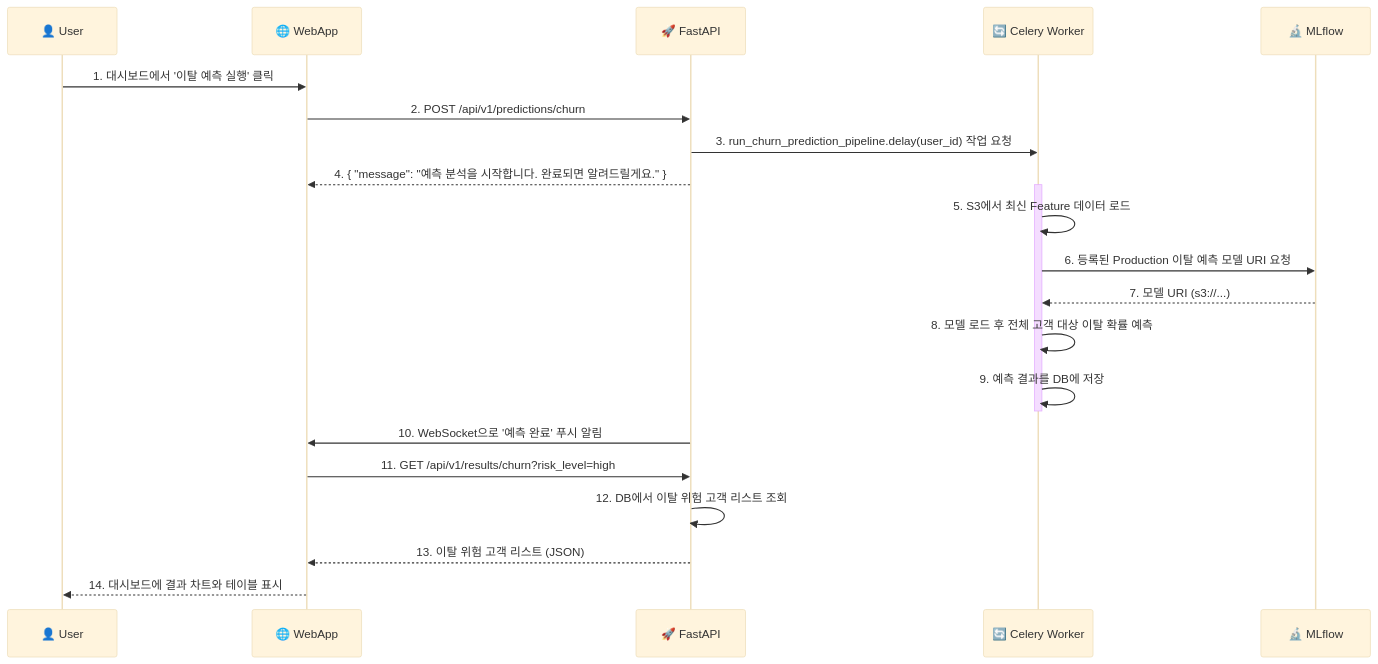
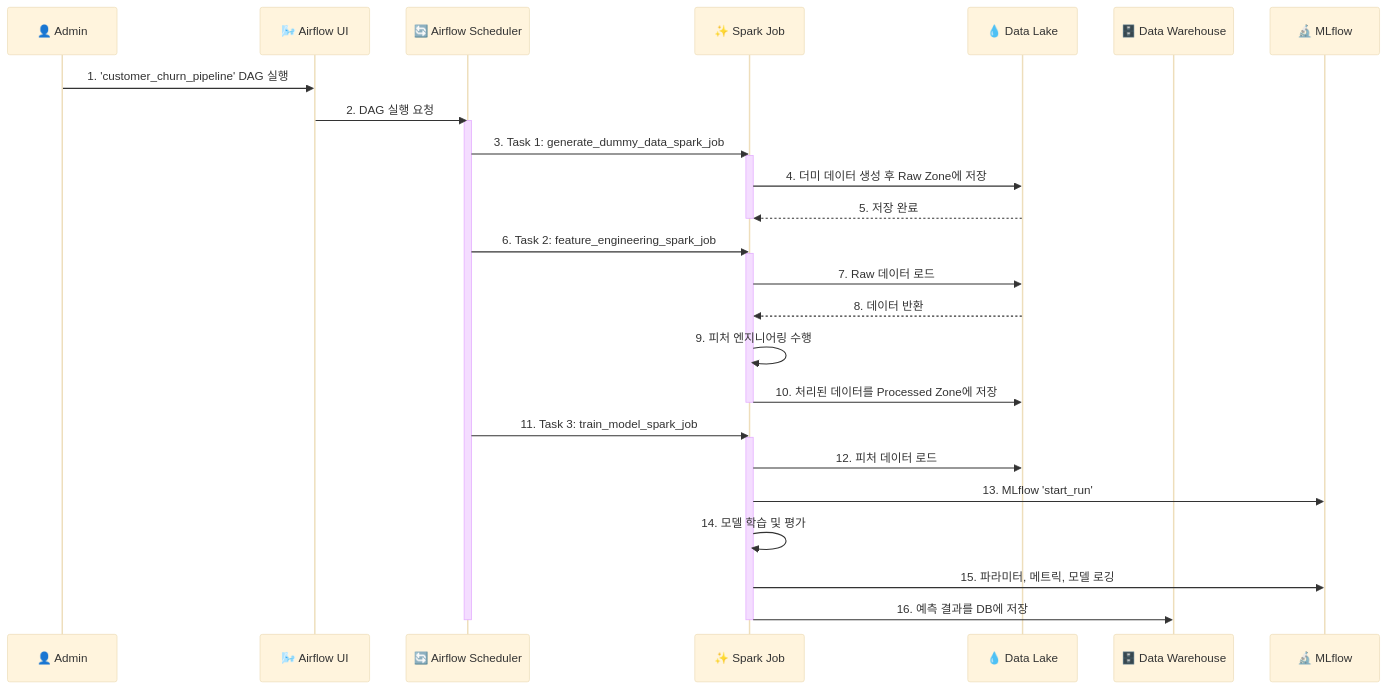
Before and after one commit to SU-KDT-2025-FINAL/mlops-lifecycle-management: the second of 2 diagrams in README.md, drawn with Mermaid (base theme). The commit also changed other lines of this file, not shown here.

````diff
--- a/README.md
+++ b/README.md
@@ -112,27 +63,38 @@
 ```mermaid
 sequenceDiagram
-    participant User as 👤 User
-    participant WebApp as 🌐 WebApp
-    participant API as 🚀 FastAPI
-    participant Celery as 🔄 Celery Worker
+    participant Admin as 👤 Admin
+    participant AirflowUI as 🌬️ Airflow UI
+    participant AirflowScheduler as 🔄 Airflow Scheduler
+    participant Spark as ✨ Spark Job
+    participant S3 as 💧 Data Lake
+    participant RDS as 🗄️ Data Warehouse
     participant MLflow as 🔬 MLflow
 
-    User->>WebApp: 1. 대시보드에서 '이탈 예측 실행' 클릭
-    WebApp->>API: 2. POST /api/v1/predictions/churn
-    API->>Celery: 3. run_churn_prediction_pipeline.delay(user_id) 작업 요청
-    API-->>WebApp: 4. { "message": "예측 분석을 시작합니다. 완료되면 알려드릴게요." }
+    Admin->>AirflowUI: 1. 'customer_churn_pipeline' DAG 실행
+    AirflowUI->>AirflowScheduler: 2. DAG 실행 요청
 
-    activate Celery
-    Celery->>Celery: 5. S3에서 최신 Feature 데이터 로드
-    Celery->>MLflow: 6. 등록된 Production 이탈 예측 모델 URI 요청
-    MLflow-->>Celery: 7. 모델 URI (s3://...)
-    Celery->>Celery: 8. 모델 로드 후 전체 고객 대상 이탈 확률 예측
-    Celery->>Celery: 9. 예측 결과를 DB에 저장
-    deactivate Celery
+    activate AirflowScheduler
+    AirflowScheduler->>Spark: 3. Task 1: generate_dummy_data_spark_job
+    activate Spark
+    Spark->>S3: 4. 더미 데이터 생성 후 Raw Zone에 저장
+    S3-->>Spark: 5. 저장 완료
+    deactivate Spark
+
+    AirflowScheduler->>Spark: 6. Task 2: feature_engineering_spark_job
+    activate Spark
+    Spark->>S3: 7. Raw 데이터 로드
+    S3-->>Spark: 8. 데이터 반환
+    Spark->>Spark: 9. 피처 엔지니어링 수행
+    Spark->>S3: 10. 처리된 데이터를 Processed Zone에 저장
+    deactivate Spark
     
-    API->>WebApp: 10. WebSocket으로 '예측 완료' 푸시 알림
-    WebApp->>API: 11. GET /api/v1/results/churn?risk_level=high
-    API->>API: 12. DB에서 이탈 위험 고객 리스트 조회
-    API-->>WebApp: 13. 이탈 위험 고객 리스트 (JSON)
-    WebApp-->>User: 14. 대시보드에 결과 차트와 테이블 표시
+    AirflowScheduler->>Spark: 11. Task 3: train_model_spark_job
+    activate Spark
+    Spark->>S3: 12. 피처 데이터 로드
+    Spark->>MLflow: 13. MLflow 'start_run'
+    Spark->>Spark: 14. 모델 학습 및 평가
+    Spark->>MLflow: 15. 파라미터, 메트릭, 모델 로깅
+    Spark->>RDS: 16. 예측 결과를 DB에 저장
+    deactivate Spark
+    deactivate AirflowScheduler
 ```
````
